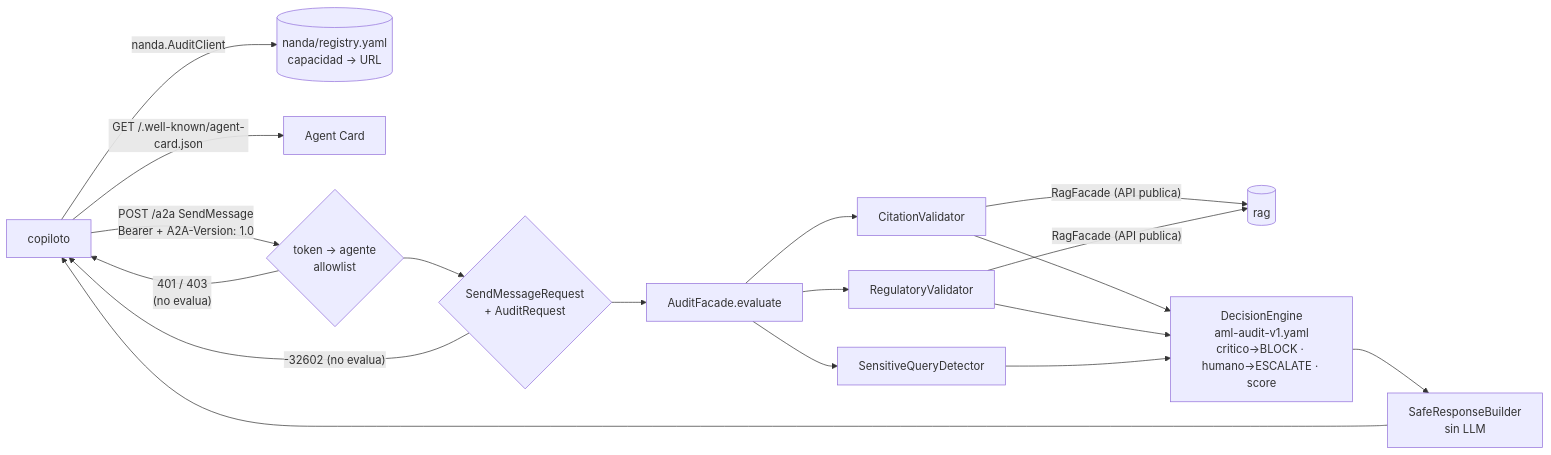
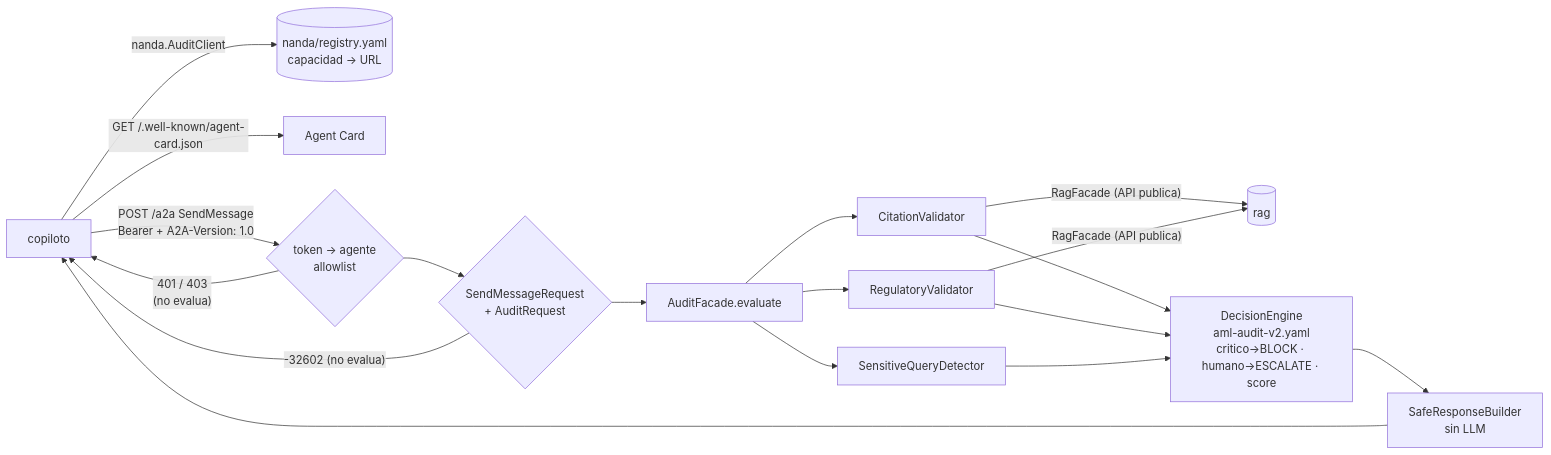
Before and after one commit to CaVassM/Hackaton-NTTDATA: the diagram in modules/audit/README.md, drawn with Mermaid. The commit also changed 10 other files, not shown here.

First line of the commit message:
audit: politica aml-audit-v2 con techo 'exposicion_potencial' (max WARN) + UIT_VALOR=5500 en .env.example

````diff
--- a/modules/audit/README.md
+++ b/modules/audit/README.md
@@ -5,14 +5,14 @@
 ```mermaid
 flowchart LR
     COP[copiloto] -- "nanda.AuditClient" --> REG[(nanda/registry.yaml<br/>capacidad -> URL)]
     COP -- "GET /.well-known/agent-card.json" --> CARD[Agent Card]
     COP -- "POST /a2a SendMessage<br/>Bearer + A2A-Version: 1.0" --> AUTH{token -> agente<br/>allowlist}
     AUTH -- "401 / 403<br/>(no evalua)" --> COP
     AUTH --> SCH{SendMessageRequest<br/>+ AuditRequest}
     SCH -- "-32602 (no evalua)" --> COP
     SCH --> F[AuditFacade.evaluate]
     F --> V1[CitationValidator] & V2[RegulatoryValidator] & V3[SensitiveQueryDetector]
     V1 & V2 -- "RagFacade (API publica)" --> RAG[(rag)]
-    V1 & V2 & V3 --> E["DecisionEngine<br/>aml-audit-v1.yaml<br/>critico→BLOCK · humano→ESCALATE · score"]
+    V1 & V2 & V3 --> E["DecisionEngine<br/>aml-audit-v2.yaml<br/>critico→BLOCK · humano→ESCALATE · score"]
     E --> S[SafeResponseBuilder<br/>sin LLM] --> COP
 ```
````
